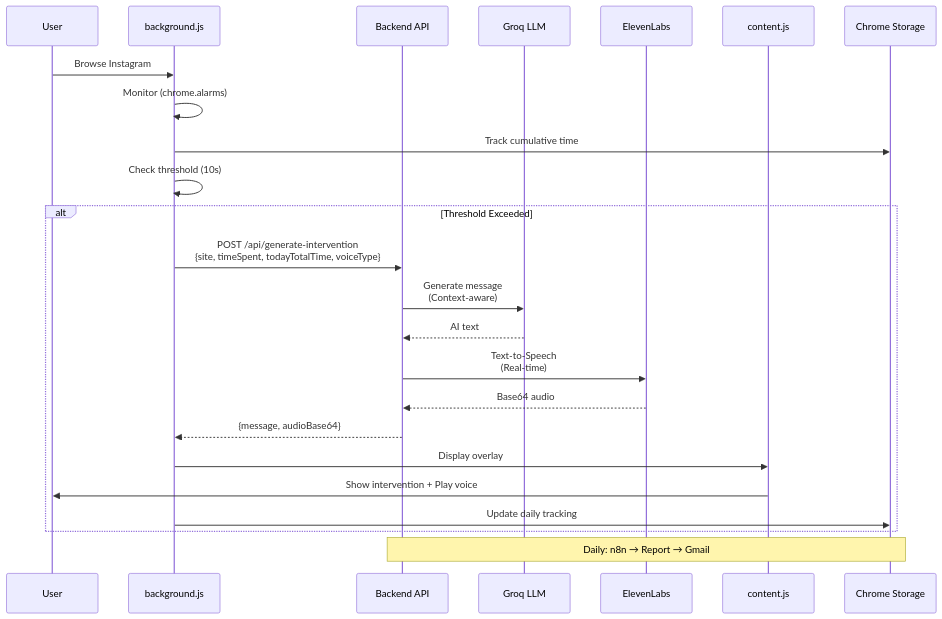
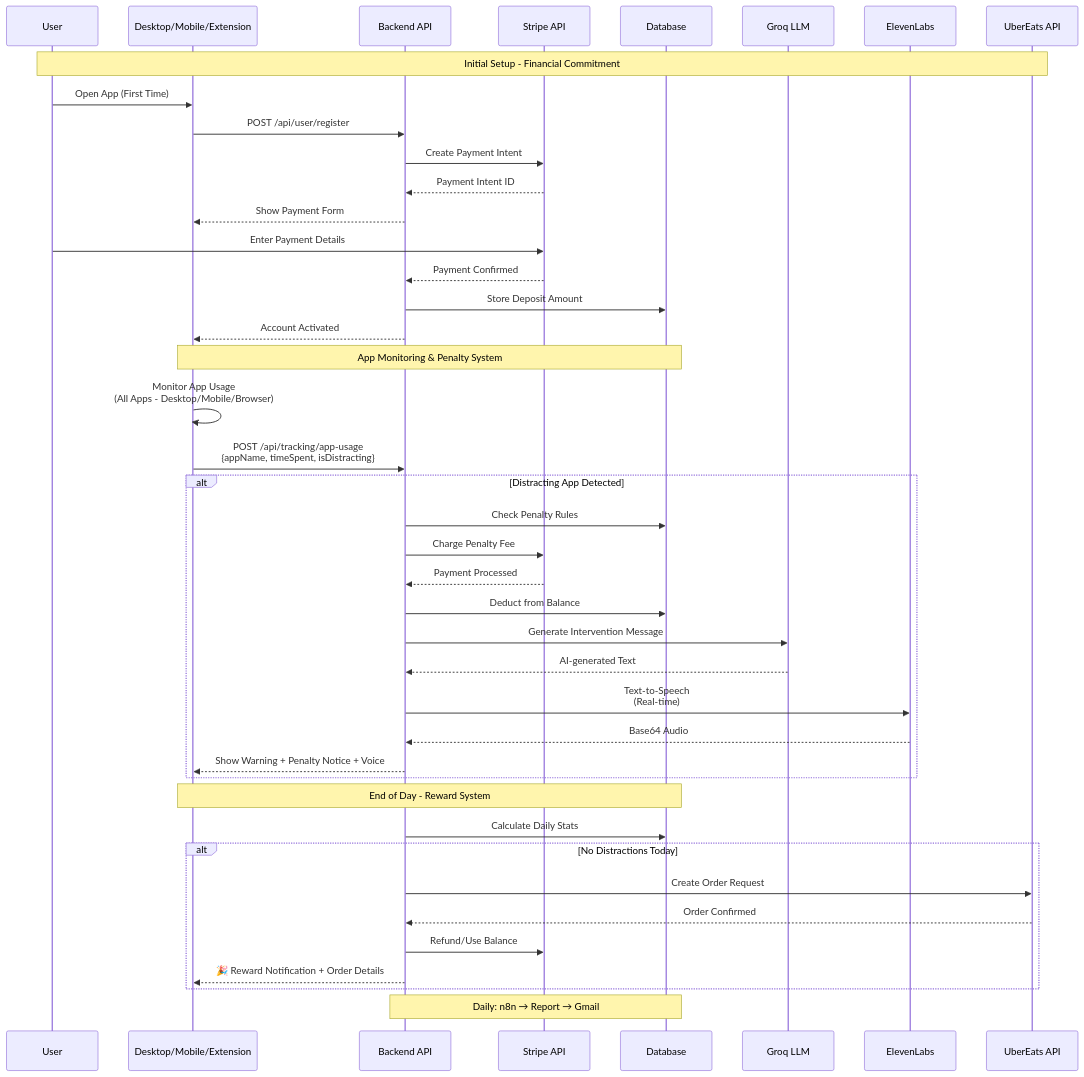
Before and after one commit to Jessi0803/Bad_Habit_Breaker: the second of 2 diagrams in README.md, drawn with Mermaid. The commit also changed other lines of this file and 1 other file, not shown here.

First line of the commit message:
🏗️ Add extended architecture diagrams

````diff
--- a/README.md
+++ b/README.md
@@ -413,29 +452,49 @@
 ```mermaid
 sequenceDiagram
-    participant U as User
-    participant BG as background.js
-    participant API as Backend API
-    participant G as Groq LLM
-    participant E as ElevenLabs
-    participant CS as content.js
-    participant S as Chrome Storage
+    participant User
+    participant Client as Desktop/Mobile/Extension
+    participant Backend as Backend API
+    participant Stripe as Stripe API
+    participant DB as Database
+    participant Groq as Groq LLM
+    participant EL as ElevenLabs
+    participant Uber as UberEats API
     
-    U->>BG: Browse Instagram
-    BG->>BG: Monitor (chrome.alarms)
-    BG->>S: Track cumulative time
-    BG->>BG: Check threshold (10s)
+    Note over User,Uber: Initial Setup - Financial Commitment
+    User->>Client: Open App (First Time)
+    Client->>Backend: POST /api/user/register
+    Backend->>Stripe: Create Payment Intent
+    Stripe-->>Backend: Payment Intent ID
+    Backend-->>Client: Show Payment Form
+    User->>Stripe: Enter Payment Details
+    Stripe-->>Backend: Payment Confirmed
+    Backend->>DB: Store Deposit Amount
+    Backend-->>Client: Account Activated
     
-    alt Threshold Exceeded
-        BG->>API: POST /api/generate-intervention<br/>{site, timeSpent, todayTotalTime, voiceType}
-        API->>G: Generate message<br/>(Context-aware)
-        G-->>API: AI text
-        API->>E: Text-to-Speech<br/>(Real-time)
-        E-->>API: Base64 audio
-        API-->>BG: {message, audioBase64}
-        BG->>CS: Display overlay
-        CS->>U: Show intervention + Play voice
-        BG->>S: Update daily tracking
+    Note over Client,DB: App Monitoring & Penalty System
+    Client->>Client: Monitor App Usage<br/>(All Apps - Desktop/Mobile/Browser)
+    Client->>Backend: POST /api/tracking/app-usage<br/>{appName, timeSpent, isDistracting}
+    
+    alt Distracting App Detected
+        Backend->>DB: Check Penalty Rules
+        Backend->>Stripe: Charge Penalty Fee
+        Stripe-->>Backend: Payment Processed
+        Backend->>DB: Deduct from Balance
+        Backend->>Groq: Generate Intervention Message
+        Groq-->>Backend: AI-generated Text
+        Backend->>EL: Text-to-Speech<br/>(Real-time)
+        EL-->>Backend: Base64 Audio
+        Backend-->>Client: Show Warning + Penalty Notice + Voice
     end
     
-    Note over API,S: Daily: n8n → Report → Gmail
+    Note over Client,DB: End of Day - Reward System
+    Backend->>DB: Calculate Daily Stats
+    alt No Distractions Today
+        Backend->>Uber: Create Order Request
+        Uber-->>Backend: Order Confirmed
+        Backend->>Stripe: Refund/Use Balance
+        Backend-->>Client: 🎉 Reward Notification + Order Details
+    end
+    
+    Note over Backend,DB: Daily: n8n → Report → Gmail
 ```
````
